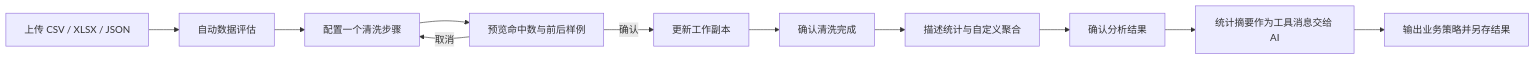
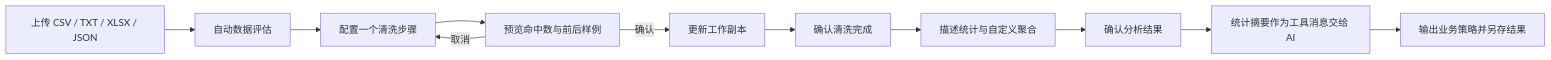
The diagram in README.md (yijIebuyI0/data_analysis_workbench), drawn with Mermaid before and after one commit. The commit also changed other lines of this file and 21 other files, not shown here.

````diff
--- a/README.md
+++ b/README.md
@@ -16,13 +17,13 @@
 ```mermaid
 flowchart LR
-    A["上传 CSV / XLSX / JSON"] --> B["自动数据评估"]
+    A["上传 CSV / TXT / XLSX / JSON"] --> B["自动数据评估"]
     B --> C["配置一个清洗步骤"]
     C --> D["预览命中数与前后样例"]
     D -->|"确认"| E["更新工作副本"]
     D -->|"取消"| C
     E --> F["确认清洗完成"]
     F --> G["描述统计与自定义聚合"]
     G --> H["确认分析结果"]
     H --> I["统计摘要作为工具消息交给 AI"]
     I --> J["输出业务策略并另存结果"]
 ```
````
